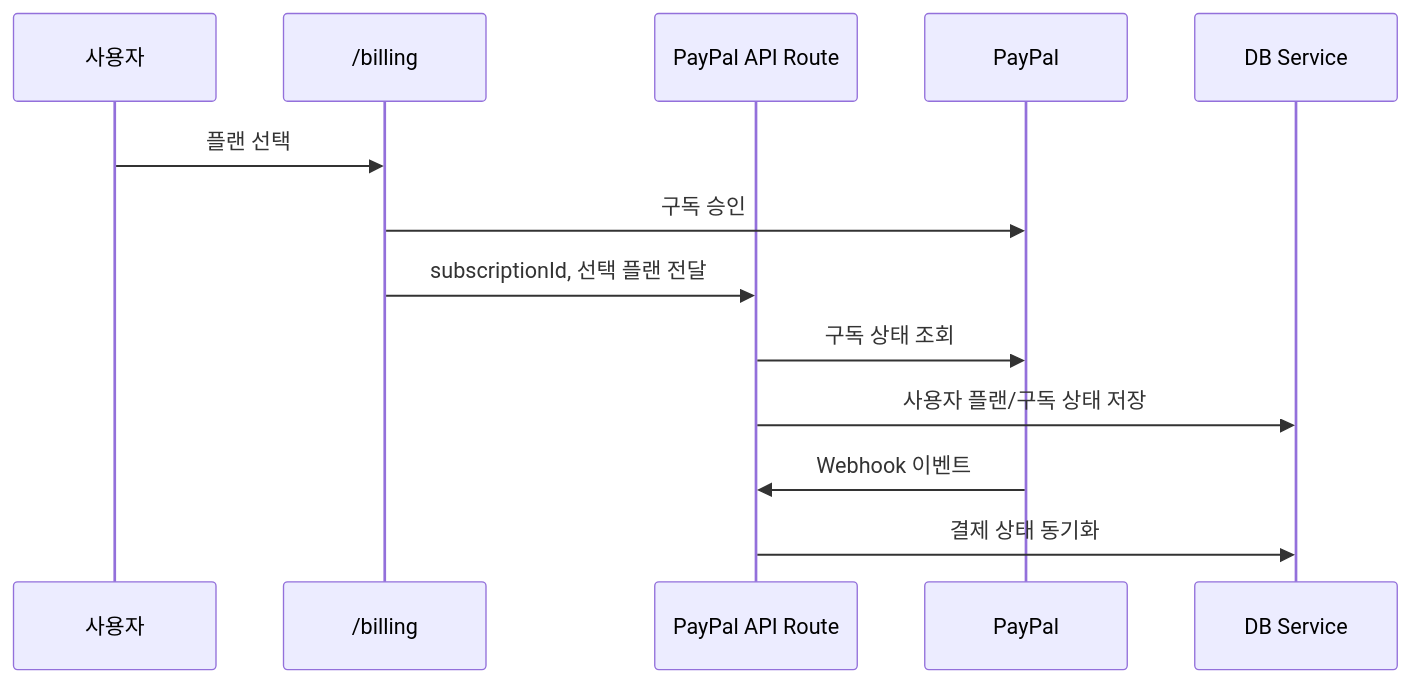
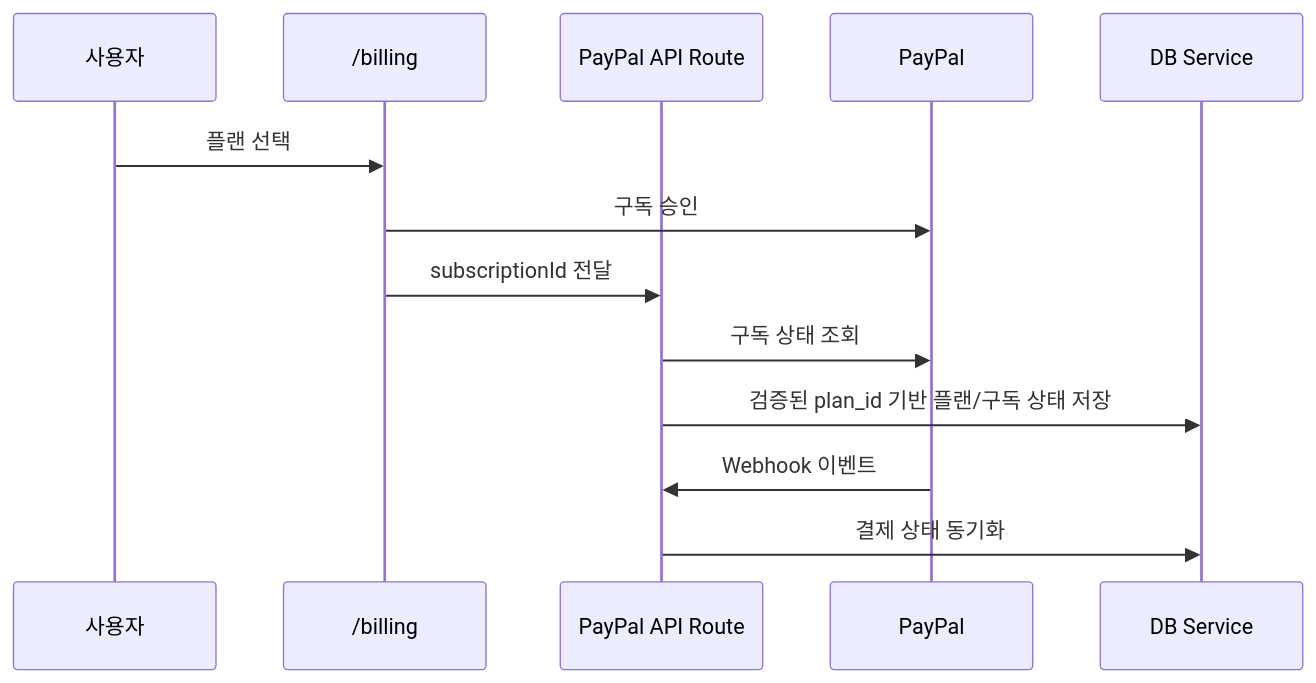
Before and after one commit to MCuffs/snsagent: the sixth of 7 diagrams in SYSTEM_ARCHITECTURE.md, drawn with Mermaid. The commit also changed other lines of this file and 38 other files, not shown here.

Commit message:
feat: secure core flows and align pricing experience

````diff
--- a/SYSTEM_ARCHITECTURE.md
+++ b/SYSTEM_ARCHITECTURE.md
@@ -150,16 +160,16 @@
 ```mermaid
 sequenceDiagram
     participant U as 사용자
     participant UI as /billing
     participant API as PayPal API Route
     participant PP as PayPal
     participant DB as DB Service
 
     U->>UI: 플랜 선택
     UI->>PP: 구독 승인
-    UI->>API: subscriptionId, 선택 플랜 전달
+    UI->>API: subscriptionId 전달
     API->>PP: 구독 상태 조회
-    API->>DB: 사용자 플랜/구독 상태 저장
+    API->>DB: 검증된 plan_id 기반 플랜/구독 상태 저장
     PP->>API: Webhook 이벤트
     API->>DB: 결제 상태 동기화
 ```
````
